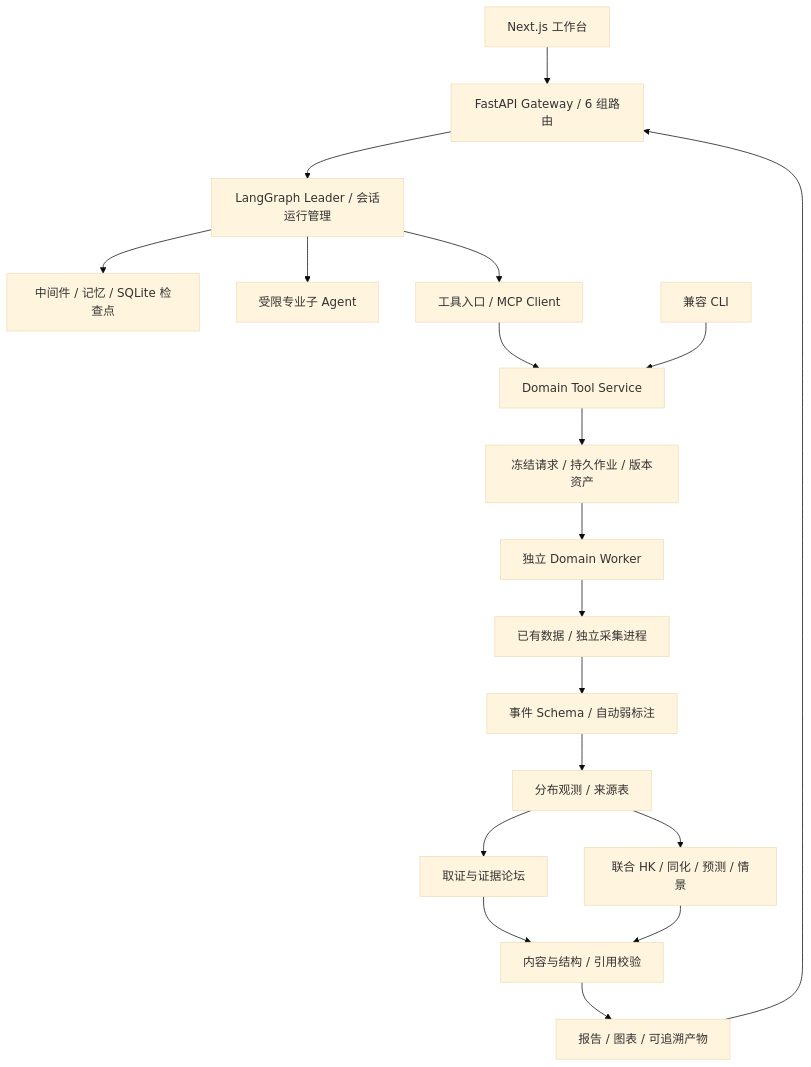
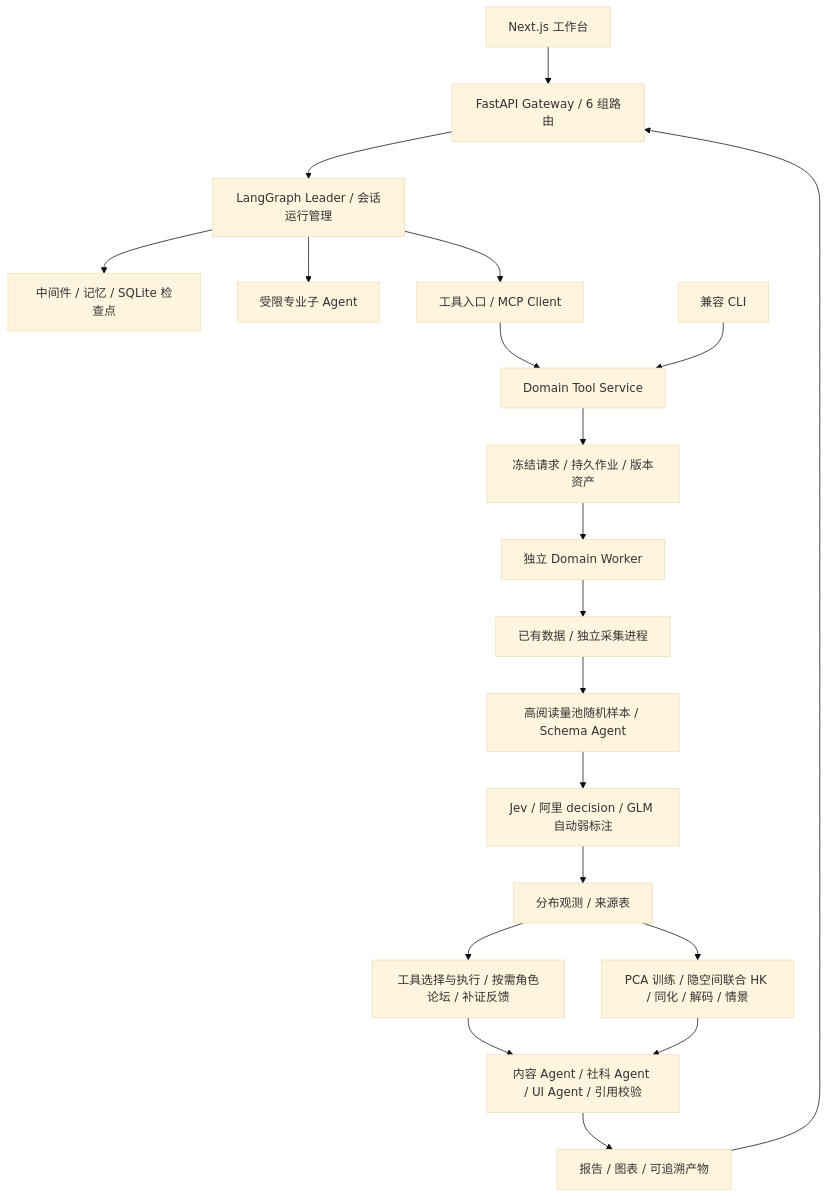
Before and after one commit to Hyacehila/Tweets2Insights: the diagram in doc/architecture.md, drawn with Mermaid (base theme). The commit also changed other lines of this file and 64 other files, not shown here.

````diff
--- a/doc/architecture.md
+++ b/doc/architecture.md
@@ -8,21 +8,22 @@
 ```mermaid
 flowchart TD
   UI[Next.js 工作台] --> API[FastAPI Gateway / 6 组路由]
   API --> RUN[LangGraph Leader / 会话运行管理]
   RUN --> CTX[中间件 / 记忆 / SQLite 检查点]
   RUN --> SUB[受限专业子 Agent]
   RUN --> TOOLS[工具入口 / MCP Client]
   TOOLS --> DOMAIN[Domain Tool Service]
   CLI[兼容 CLI] --> DOMAIN
   DOMAIN --> JOB[冻结请求 / 持久作业 / 版本资产]
   JOB --> WORKER[独立 Domain Worker]
   WORKER --> INPUT[已有数据 / 独立采集进程]
-  INPUT --> LABEL[事件 Schema / 自动弱标注]
+  INPUT --> SAMPLE[高阅读量池随机样本 / Schema Agent]
+  SAMPLE --> LABEL[Jev / 阿里 decision / GLM 自动弱标注]
   LABEL --> OBS[分布观测 / 来源表]
-  OBS --> EVIDENCE[取证与证据论坛]
-  OBS --> MODEL[联合 HK / 同化 / 预测 / 情景]
-  EVIDENCE --> CONTENT[内容与结构 / 引用校验]
+  OBS --> EVIDENCE[工具选择与执行 / 按需角色论坛 / 补证反馈]
+  OBS --> MODEL[PCA 训练 / 隐空间联合 HK / 同化 / 解码 / 情景]
+  EVIDENCE --> CONTENT[内容 Agent / 社科 Agent / UI Agent / 引用校验]
   MODEL --> CONTENT
   CONTENT --> ARTIFACT[报告 / 图表 / 可追溯产物]
   ARTIFACT --> API
 ```
````
